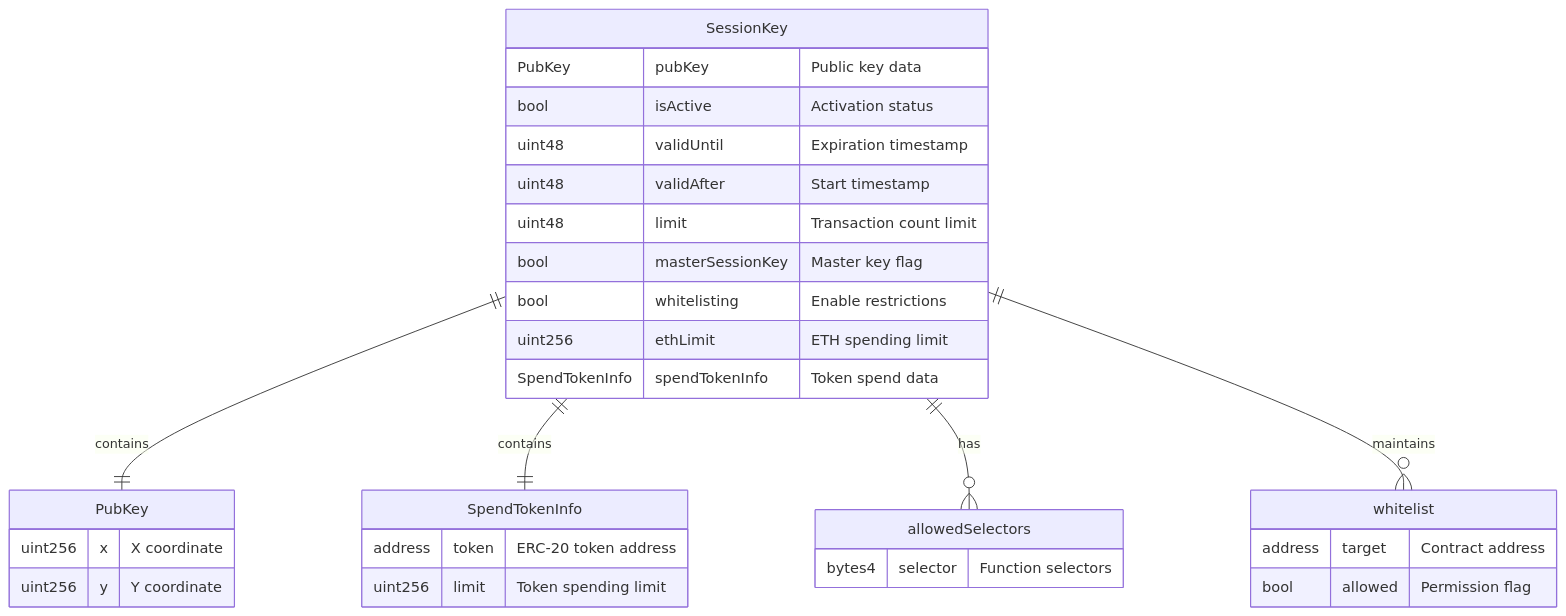
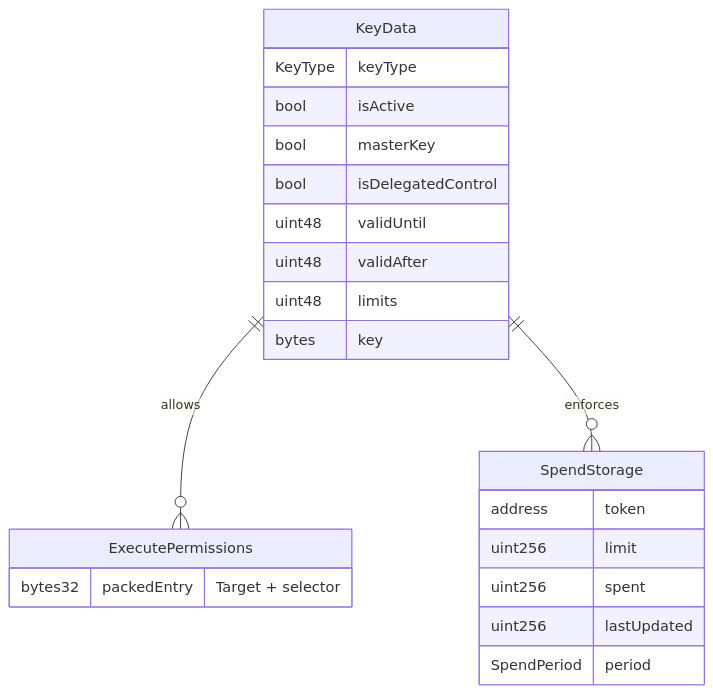
Before and after one commit to openfort-xyz/openfort-7702-account: the fourth of 7 diagrams in docs/SessionKeys.md, drawn with Mermaid. The commit also changed other lines of this file and 1 other file, not shown here.

Commit message:
(docs) Session Keys and Recovery

````diff
--- a/docs/SessionKeys.md
+++ b/docs/SessionKeys.md
@@ -176,38 +147,28 @@
 ```mermaid
 erDiagram
-    SessionKey {
-        PubKey pubKey "Public key data"
-        bool isActive "Activation status"
-        uint48 validUntil "Expiration timestamp"
-        uint48 validAfter "Start timestamp"
-        uint48 limit "Transaction count limit"
-        bool masterSessionKey "Master key flag"
-        bool whitelisting "Enable restrictions"
-        uint256 ethLimit "ETH spending limit"
-        SpendTokenInfo spendTokenInfo "Token spend data"
-    }
-    
-    PubKey {
-        uint256 x "X coordinate"
-        uint256 y "Y coordinate"
-    }
-    
-    SpendTokenInfo {
-        address token "ERC-20 token address"
-        uint256 limit "Token spending limit"
-    }
-    
-    allowedSelectors {
-        bytes4 selector "Function selectors"
-    }
-    
-    whitelist {
-        address target "Contract address"
-        bool allowed "Permission flag"
+    KeyData {
+        KeyType keyType
+        bool isActive
+        bool masterKey
+        bool isDelegatedControl
+        uint48 validUntil
+        uint48 validAfter
+        uint48 limits
+        bytes key
     }
 
-    SessionKey ||--|| PubKey : contains
-    SessionKey ||--|| SpendTokenInfo : contains
-    SessionKey ||--o{ allowedSelectors : has
-    SessionKey ||--o{ whitelist : maintains
+    ExecutePermissions {
+        bytes32 packedEntry "Target + selector"
+    }
+
+    SpendStorage {
+        address token
+        uint256 limit
+        uint256 spent
+        uint256 lastUpdated
+        SpendPeriod period
+    }
+
+    KeyData ||--o{ ExecutePermissions : allows
+    KeyData ||--o{ SpendStorage : enforces
 ```
````
